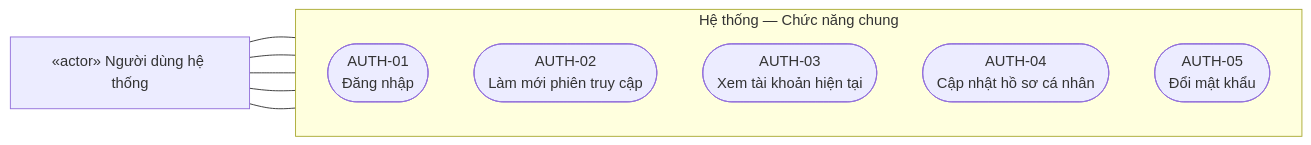
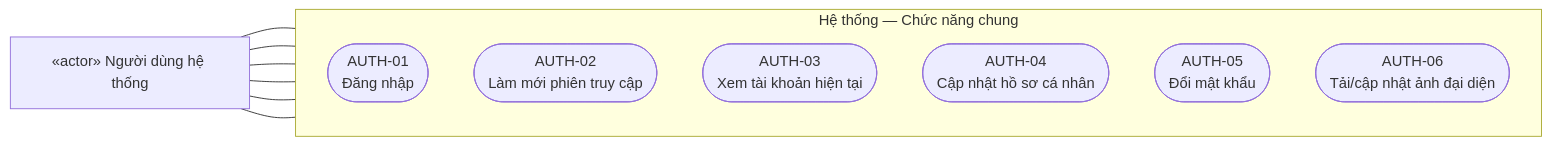
Before and after one commit to phantrongnguyen/personalized-learning: the second of 8 diagrams in database/use_case_diagram.md, drawn with Mermaid. The commit also changed other lines of this file and 8 other files, not shown here.

First line of the commit message:
docs(database): refresh schema dictionary and use case diagrams

````diff
--- a/database/use_case_diagram.md
+++ b/database/use_case_diagram.md
@@ -99,17 +106,19 @@
 ```mermaid
 flowchart LR
     A["«actor» Người dùng hệ thống"]
     subgraph SYS["Hệ thống — Chức năng chung"]
         direction TB
         U1(["AUTH-01<br/>Đăng nhập"])
         U2(["AUTH-02<br/>Làm mới phiên truy cập"])
         U3(["AUTH-03<br/>Xem tài khoản hiện tại"])
         U4(["AUTH-04<br/>Cập nhật hồ sơ cá nhân"])
         U5(["AUTH-05<br/>Đổi mật khẩu"])
+        U6(["AUTH-06<br/>Tải/cập nhật ảnh đại diện"])
     end
     A --- U1
     A --- U2
     A --- U3
     A --- U4
     A --- U5
+    A --- U6
 ```
````
